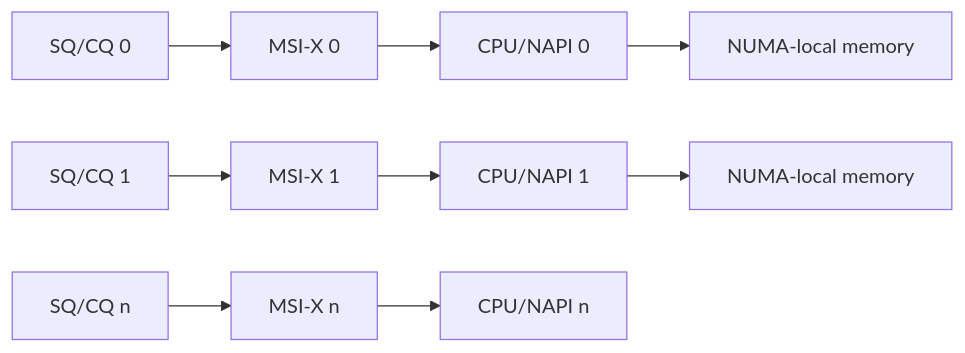
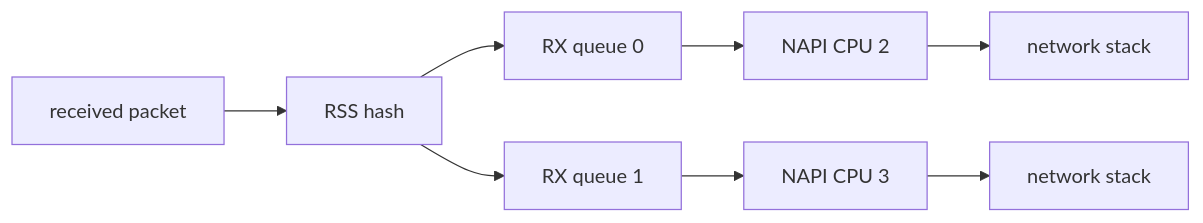
Before and after one commit to cdragon-ljl/EEandEdgeAI: the third of 6 diagrams in docs/articles/pcie/pci-17-multiqueue-dma-msix-throughput.md, drawn with Mermaid. The commit also changed other lines of this file and 4 other files, not shown here.

````diff
--- a/docs/articles/pcie/pci-17-multiqueue-dma-msix-throughput.md
+++ b/docs/articles/pcie/pci-17-multiqueue-dma-msix-throughput.md
@@ -427,11 +64,10 @@
 ```mermaid
 flowchart LR
-    Q0[SQ/CQ 0] --> V0[MSI-X 0]
-    Q1[SQ/CQ 1] --> V1[MSI-X 1]
-    QN[SQ/CQ n] --> VN[MSI-X n]
-    V0 --> C0[CPU/NAPI 0]
-    V1 --> C1[CPU/NAPI 1]
-    VN --> CN[CPU/NAPI n]
-    C0 --> M0[NUMA-local memory]
-    C1 --> M1[NUMA-local memory]
+    PKT[received packet] --> RSS[RSS hash]
+    RSS --> RX0[RX queue 0]
+    RSS --> RX1[RX queue 1]
+    RX0 --> N0[NAPI CPU 2]
+    RX1 --> N1[NAPI CPU 3]
+    N0 --> STACK0[network stack]
+    N1 --> STACK1[network stack]
 ```
````
